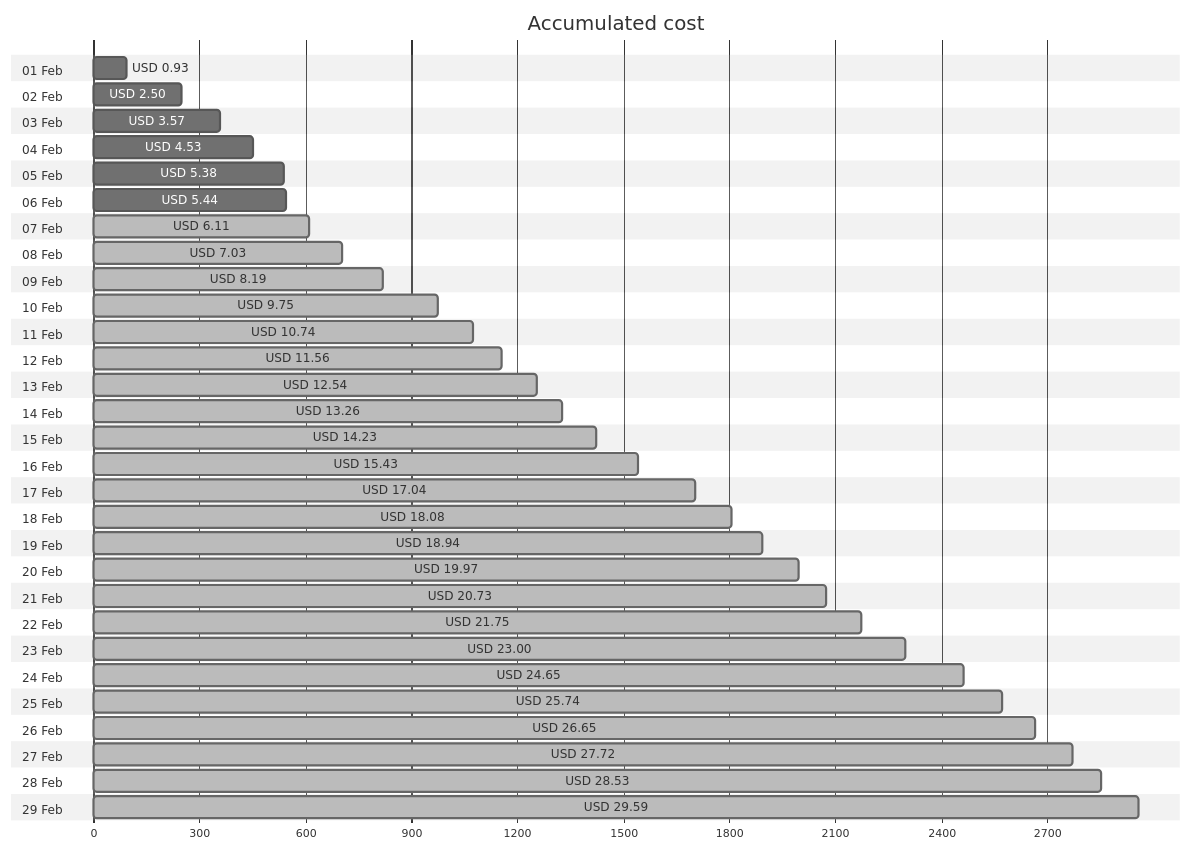
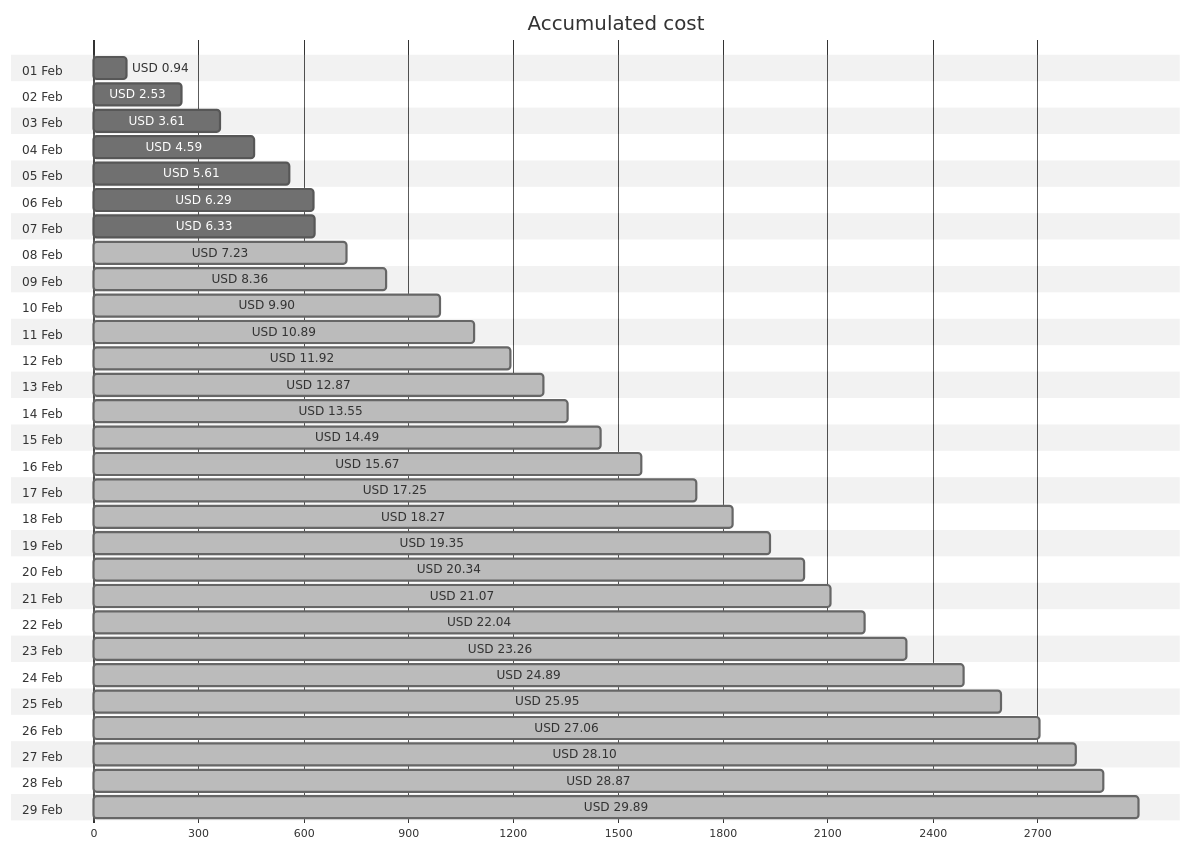
One commit to jpfulton/azure-personal-reports changed the first of 4 diagrams in cost-reports/personal-network/vpn-server.md. Above: the diagram before and after it, drawn with Mermaid (neutral theme). The commit also changed other lines of this file and 8 other files, not shown here.

````diff
--- a/cost-reports/personal-network/vpn-server.md
+++ b/cost-reports/personal-network/vpn-server.md
@@ -20,64 +20,64 @@
 ```mermaid
 gantt
    title Accumulated cost
    dateFormat  X
    axisFormat %s
    section 01 Feb
-   USD 0.93 :0, 93
+   USD 0.94 :0, 94
    section 02 Feb
-   USD 2.50 :0, 250
+   USD 2.53 :0, 253
    section 03 Feb
-   USD 3.57 :0, 357
+   USD 3.61 :0, 361
    section 04 Feb
-   USD 4.53 :0, 453
+   USD 4.59 :0, 459
    section 05 Feb
-   USD 5.38 :0, 538
+   USD 5.61 :0, 561
    section 06 Feb
-   USD 5.44 :0, 544
+   USD 6.29 :0, 629
    section 07 Feb
-   USD 6.11 : done, 0, 611
+   USD 6.33 :0, 633
    section 08 Feb
-   USD 7.03 : done, 0, 703
+   USD 7.23 : done, 0, 723
    section 09 Feb
-   USD 8.19 : done, 0, 819
+   USD 8.36 : done, 0, 836
    section 10 Feb
-   USD 9.75 : done, 0, 975
+   USD 9.90 : done, 0, 990
    section 11 Feb
-   USD 10.74 : done, 0, 1074
+   USD 10.89 : done, 0, 1089
    section 12 Feb
-   USD 11.56 : done, 0, 1156
+   USD 11.92 : done, 0, 1192
    section 13 Feb
-   USD 12.54 : done, 0, 1254
+   USD 12.87 : done, 0, 1287
    section 14 Feb
-   USD 13.26 : done, 0, 1326
+   USD 13.55 : done, 0, 1355
    section 15 Feb
-   USD 14.23 : done, 0, 1423
+   USD 14.49 : done, 0, 1449
    section 16 Feb
-   USD 15.43 : done, 0, 1543
+   USD 15.67 : done, 0, 1567
    section 17 Feb
-   USD 17.04 : done, 0, 1704
+   USD 17.25 : done, 0, 1725
    section 18 Feb
-   USD 18.08 : done, 0, 1808
+   USD 18.27 : done, 0, 1827
    section 19 Feb
-   USD 18.94 : done, 0, 1894
+   USD 19.35 : done, 0, 1935
    section 20 Feb
-   USD 19.97 : done, 0, 1997
+   USD 20.34 : done, 0, 2034
    section 21 Feb
-   USD 20.73 : done, 0, 2073
+   USD 21.07 : done, 0, 2107
    section 22 Feb
-   USD 21.75 : done, 0, 2175
+   USD 22.04 : done, 0, 2204
    section 23 Feb
-   USD 23.00 : done, 0, 2300
+   USD 23.26 : done, 0, 2326
    section 24 Feb
-   USD 24.65 : done, 0, 2465
+   USD 24.89 : done, 0, 2489
    section 25 Feb
-   USD 25.74 : done, 0, 2574
+   USD 25.95 : done, 0, 2595
    section 26 Feb
-   USD 26.65 : done, 0, 2665
+   USD 27.06 : done, 0, 2706
    section 27 Feb
-   USD 27.72 : done, 0, 2772
+   USD 28.10 : done, 0, 2810
    section 28 Feb
-   USD 28.53 : done, 0, 2853
+   USD 28.87 : done, 0, 2887
    section 29 Feb
-   USD 29.59 : done, 0, 2959
+   USD 29.89 : done, 0, 2989
 ```
````
